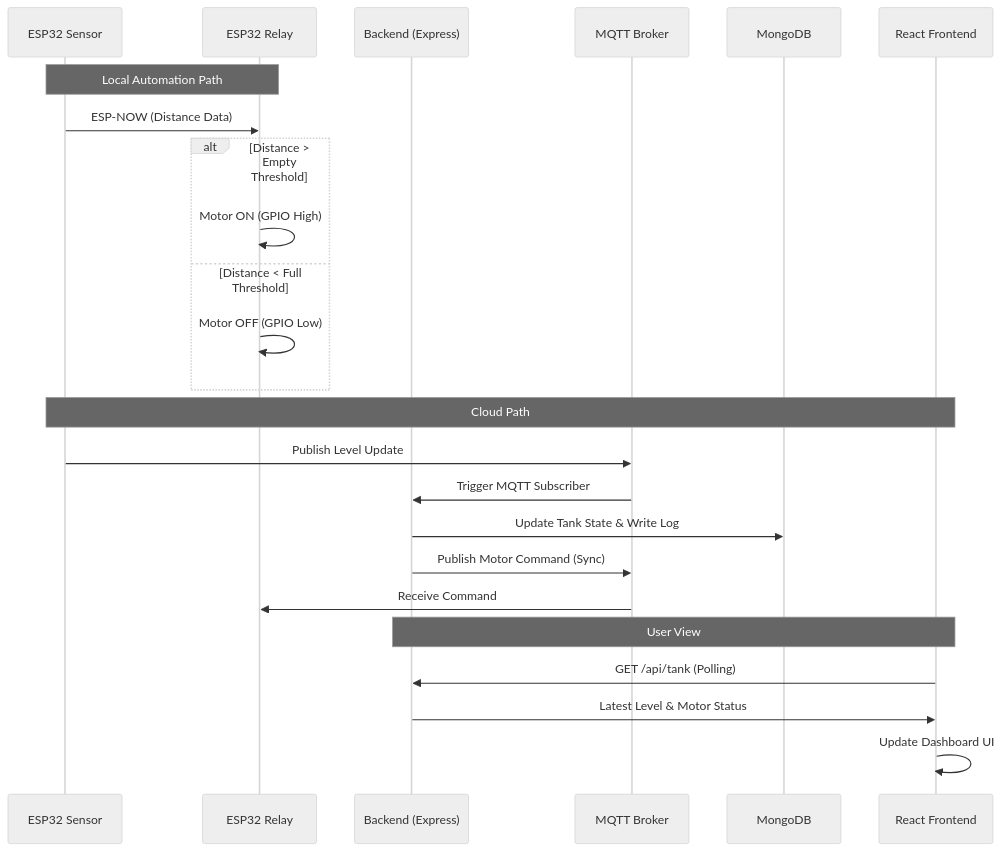
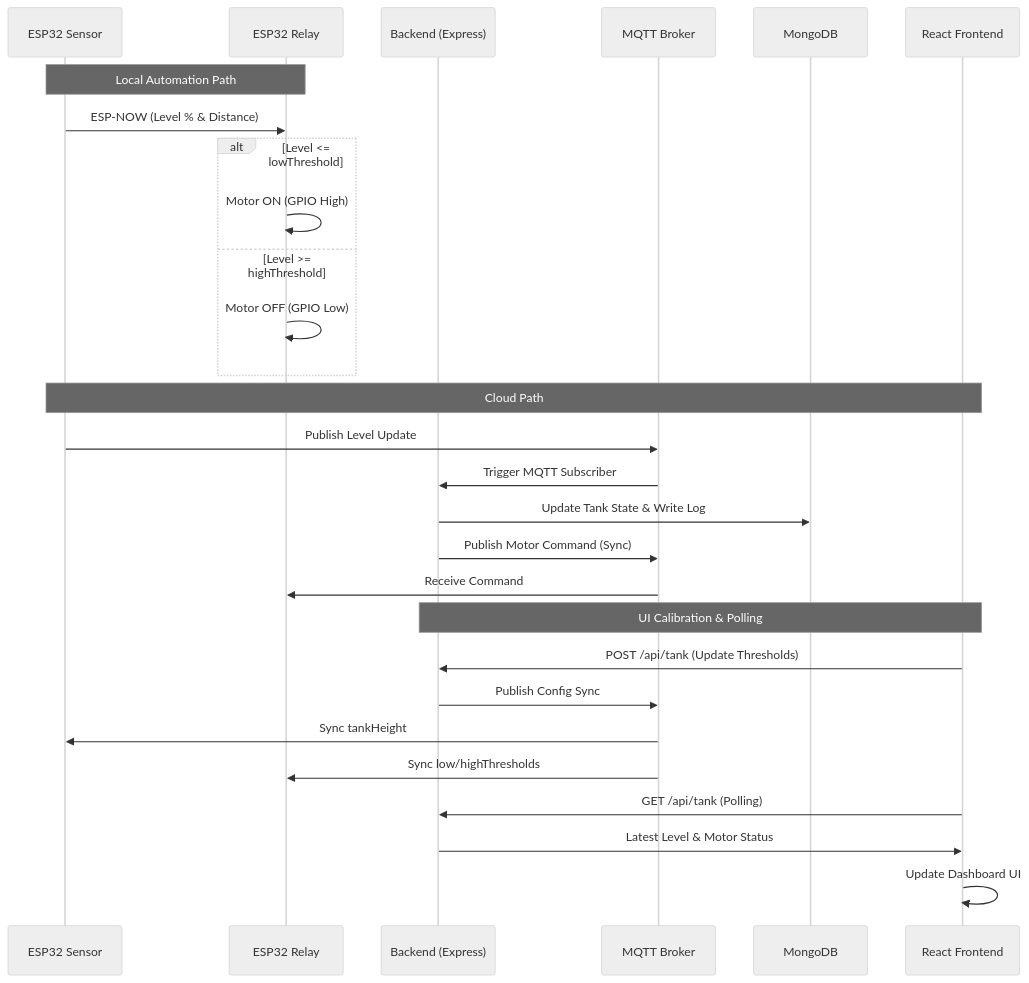
Before and after one commit to Yuvaraj007A/water-level-monitor: the fourth of 7 diagrams in SYSTEM_ARCHITECTURE.md, drawn with Mermaid (neutral theme). The commit also changed other lines of this file and 23 other files, not shown here.

Commit message:
feat: implement glassmorphic captive portal & dynamic cloud calibration thresholds

````diff
--- a/SYSTEM_ARCHITECTURE.md
+++ b/SYSTEM_ARCHITECTURE.md
@@ -112,29 +116,33 @@
 ```mermaid
 sequenceDiagram
     participant S as ESP32 Sensor
     participant R as ESP32 Relay
     participant B as Backend (Express)
     participant M as MQTT Broker
     participant DB as MongoDB
     participant F as React Frontend
 
     Note over S,R: Local Automation Path
-    S->>R: ESP-NOW (Distance Data)
-    alt Distance > Empty Threshold
+    S->>R: ESP-NOW (Level % & Distance)
+    alt Level <= lowThreshold
         R->>R: Motor ON (GPIO High)
-    else Distance < Full Threshold
+    else Level >= highThreshold
         R->>R: Motor OFF (GPIO Low)
     end
 
     Note over S,F: Cloud Path
     S->>M: Publish Level Update
     M->>B: Trigger MQTT Subscriber
     B->>DB: Update Tank State & Write Log
     B->>M: Publish Motor Command (Sync)
     M->>R: Receive Command
     
-    Note over F,B: User View
+    Note over F,B: UI Calibration & Polling
+    F->>B: POST /api/tank (Update Thresholds)
+    B->>M: Publish Config Sync
+    M->>S: Sync tankHeight
+    M->>R: Sync low/highThresholds
     F->>B: GET /api/tank (Polling)
     B->>F: Latest Level & Motor Status
     F->>F: Update Dashboard UI
 ```
````
